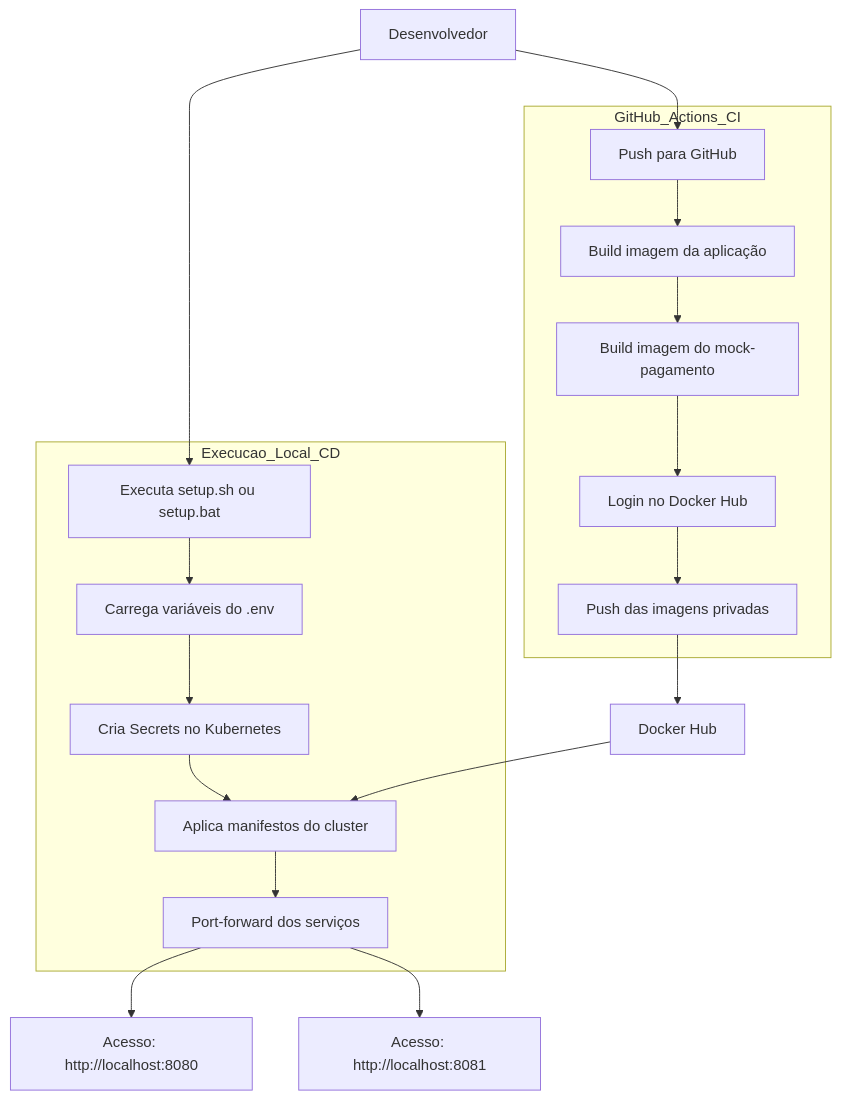
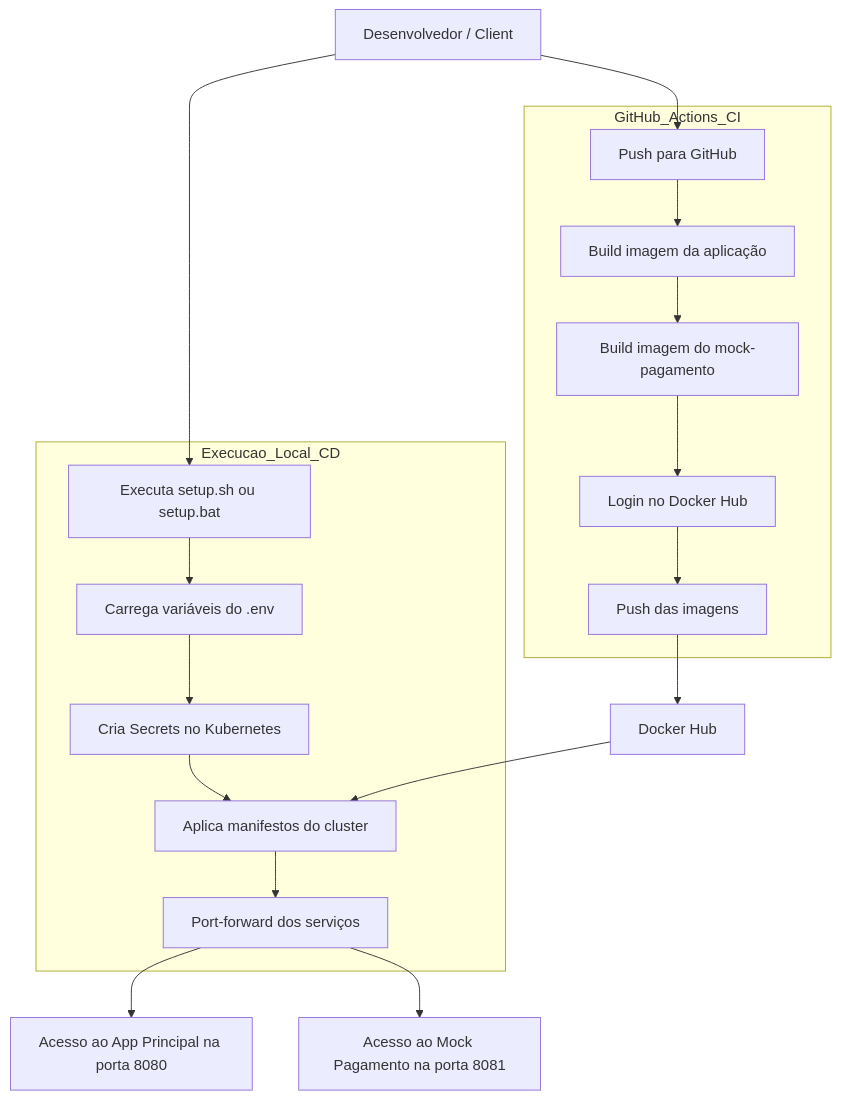
Before and after one commit to ns-fiap-tc/tech_challenge_fiap: the diagram in README.md, drawn with Mermaid.

Commit message:
doc: flowchart adjustments

````diff
--- a/README.md
+++ b/README.md
@@ -153,26 +153,26 @@
 ```mermaid
 flowchart TD
-    dev[Desenvolvedor] --> pushGit[Push para GitHub]
+    dev[Desenvolvedor / Client] --> pushGit[Push para GitHub]
 
     subgraph GitHub_Actions_CI
         pushGit --> buildApp[Build imagem da aplicação]
         buildApp --> buildMock[Build imagem do mock-pagamento]
         buildMock --> dockerLogin[Login no Docker Hub]
-        dockerLogin --> pushImages[Push das imagens privadas]
+        dockerLogin --> pushImages[Push das imagens]
     end
 
     pushImages --> dockerHub[Docker Hub]
 
     dev --> runSetup[Executa setup.sh ou setup.bat]
 
     subgraph Execucao_Local_CD
         runSetup --> loadEnv[Carrega variáveis do .env]
         loadEnv --> createSecrets[Cria Secrets no Kubernetes]
         createSecrets --> applyManifests[Aplica manifestos do cluster]
         applyManifests --> portForward[Port-forward dos serviços]
     end
 
     dockerHub --> applyManifests
-    portForward --> appAccess[Acesso: http://localhost:8080]
-    portForward --> mockAccess[Acesso: http://localhost:8081]
+    portForward --> appAccess[Acesso ao App Principal na porta 8080]
+    portForward --> mockAccess[Acesso ao Mock Pagamento na porta 8081]
 ```
````
